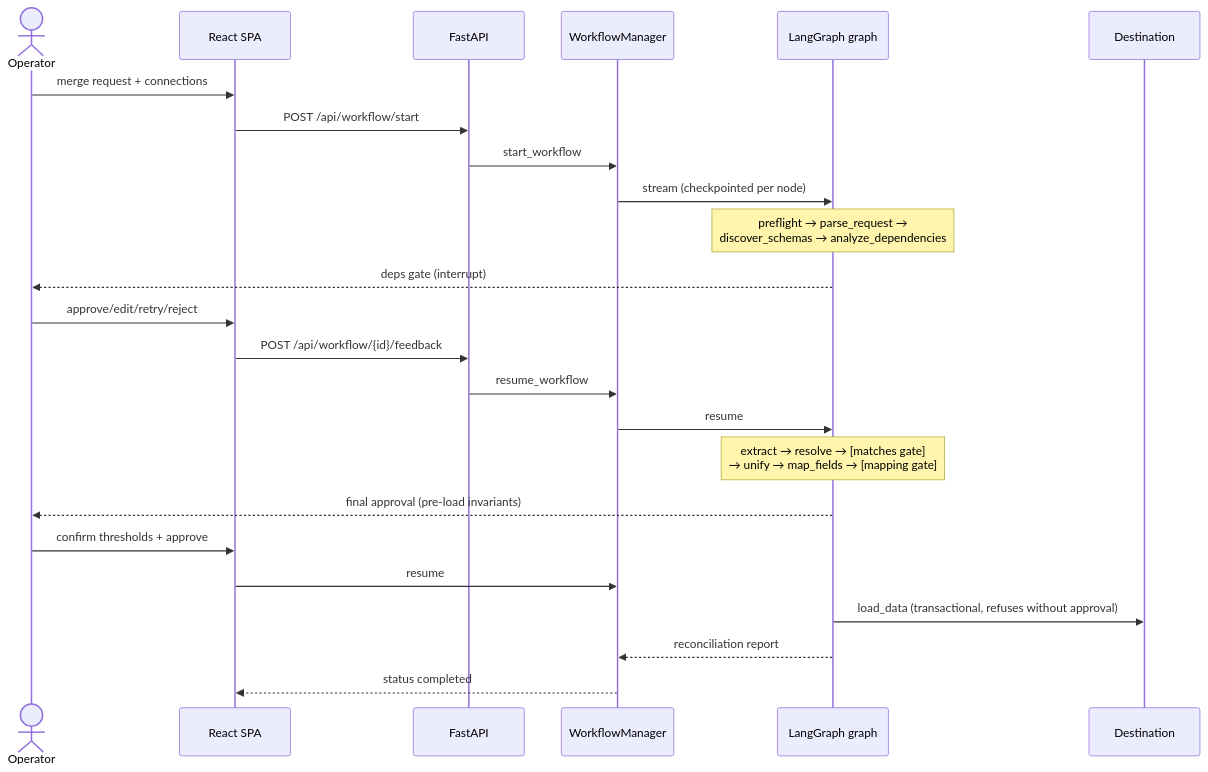
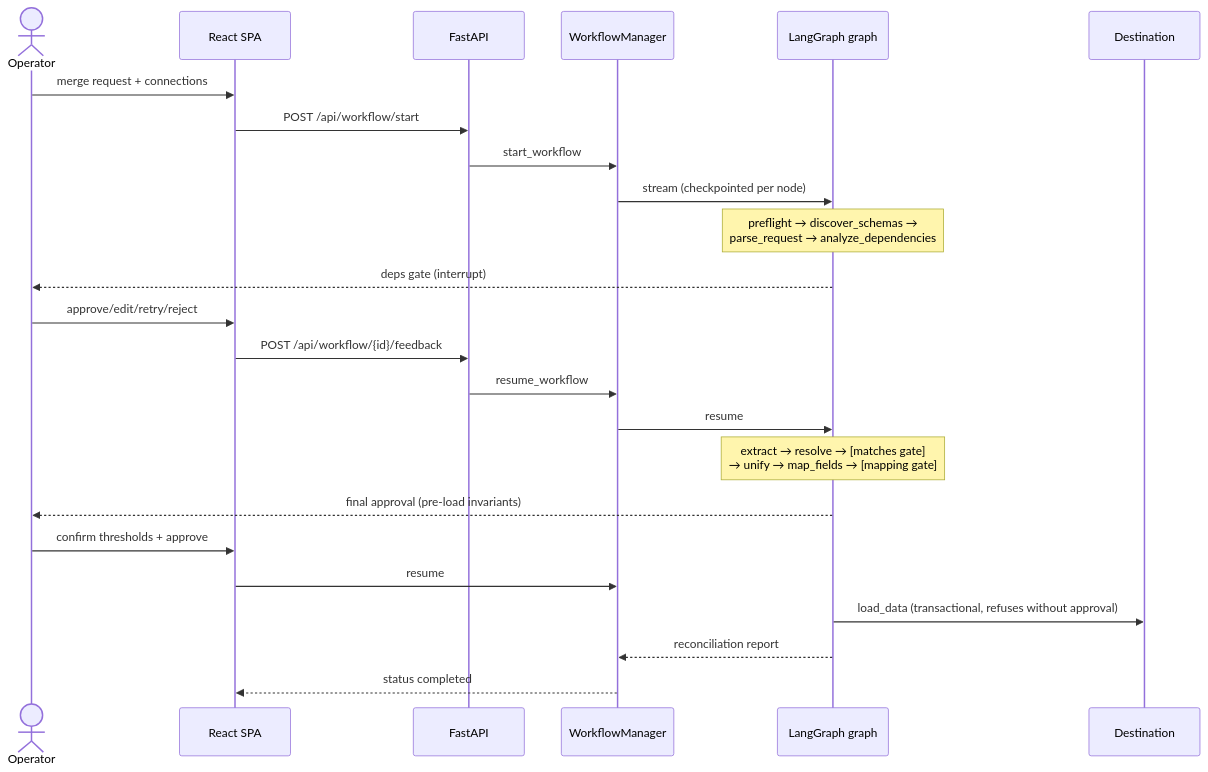
The fifth of 5 diagrams in ARCHITECTURE.md (bayern4teams/merge-engine), drawn with Mermaid before and after one commit. The commit also changed other lines of this file and 4 other files, not shown here.

````diff
--- a/ARCHITECTURE.md
+++ b/ARCHITECTURE.md
@@ -182,26 +213,26 @@
 ```mermaid
 sequenceDiagram
     actor OP as Operator
     participant UI as React SPA
     participant API as FastAPI
     participant WM as WorkflowManager
     participant G as LangGraph graph
     participant DB as Destination
     OP->>UI: merge request + connections
     UI->>API: POST /api/workflow/start
     API->>WM: start_workflow
     WM->>G: stream (checkpointed per node)
-    Note over G: preflight → parse_request →<br/>discover_schemas → analyze_dependencies
+    Note over G: preflight → discover_schemas →<br/>parse_request → analyze_dependencies
     G-->>OP: deps gate (interrupt)
     OP->>UI: approve/edit/retry/reject
     UI->>API: POST /api/workflow/{id}/feedback
     API->>WM: resume_workflow
     WM->>G: resume
     Note over G: extract → resolve → [matches gate]<br/>→ unify → map_fields → [mapping gate]
     G-->>OP: final approval (pre-load invariants)
     OP->>UI: confirm thresholds + approve
     UI->>WM: resume
     G->>DB: load_data (transactional, refuses without approval)
     G-->>WM: reconciliation report
     WM-->>UI: status completed
 ```
````
